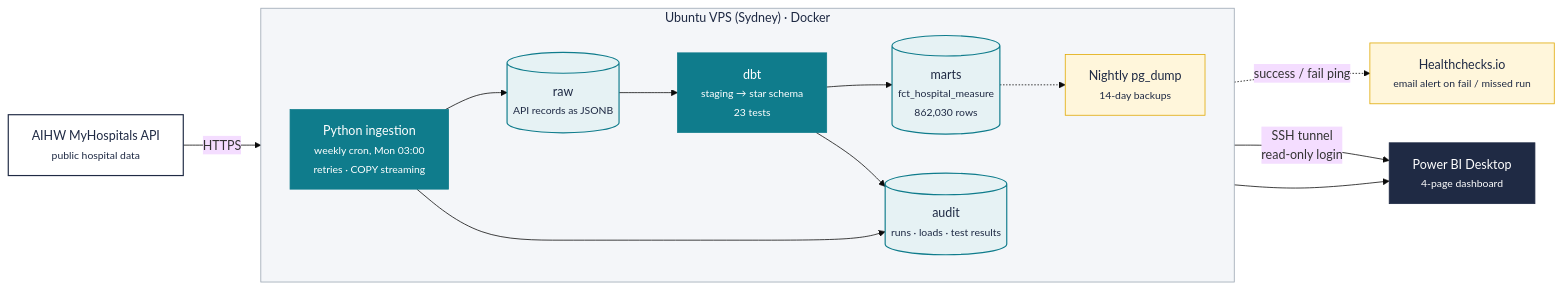
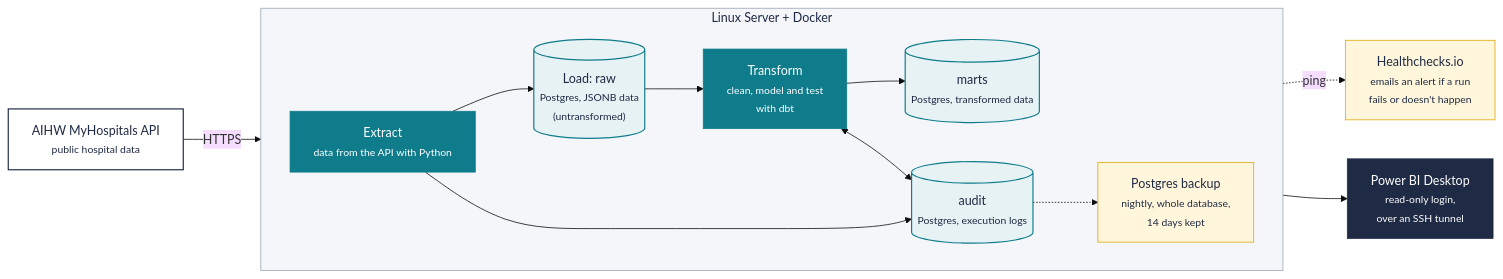
Before and after one commit to CharlieRego/health_analytics: the diagram in docs/images/architecture.mmd, drawn with Mermaid (base theme). The commit also changed 2 other files, not shown here.

Commit message:
Redraw architecture diagram: extract-load-transform labels, Power BI reads marts only, backup on the server

```diff
--- a/docs/images/architecture.mmd
+++ b/docs/images/architecture.mmd
@@ -1,38 +1,37 @@
 %% Source for docs/images/architecture.png
 %% Rebuild: npx -y @mermaid-js/mermaid-cli -i docs/images/architecture.mmd -o docs/images/architecture.png -b white -s 2 -w 1400
 flowchart LR
     A["AIHW MyHospitals API<br/><small>public hospital data</small>"]
 
-    subgraph VPS["Ubuntu VPS (Sydney) · Docker"]
+    subgraph VPS["Linux Server + Docker"]
         direction LR
-        P["Python ingestion<br/><small>weekly cron, Mon 03:00<br/>retries · COPY streaming</small>"]
-        R[("raw<br/><small>API records as JSONB</small>")]
-        D["dbt<br/><small>staging → star schema<br/>23 tests</small>"]
-        M[("marts<br/><small>fct_hospital_measure<br/>862,030 rows</small>")]
-        AU[("audit<br/><small>runs · loads · test results</small>")]
-        B["Nightly pg_dump<br/><small>14-day backups</small>"]
+        P["Extract<br/><small>data from the API with Python</small>"]
+        R[("Load: raw<br/><small>Postgres, JSONB data<br/>(untransformed)</small>")]
+        D["Transform<br/><small>clean, model and test<br/>with dbt</small>"]
+        M[("marts<br/><small>Postgres, transformed data</small>")]
+        AU[("audit<br/><small>Postgres, execution logs</small>")]
+        B["Postgres backup<br/><small>nightly, whole database,<br/>14 days kept</small>"]
         P --> R --> D --> M
         P --> AU
-        D --> AU
+        D <--> AU
+        AU -.-> B
     end
 
-    H["Healthchecks.io<br/><small>email alert on fail / missed run</small>"]
-    PBI["Power BI Desktop<br/><small>4-page dashboard</small>"]
+    H["Healthchecks.io<br/><small>emails an alert if a run<br/>fails or doesn't happen</small>"]
+    PBI["Power BI Desktop<br/><small>read-only login,<br/>over an SSH tunnel</small>"]
 
     A -->|HTTPS| P
-    P -.->|success / fail ping| H
-    M -->|"SSH tunnel<br/>read-only login"| PBI
-    AU --> PBI
-    M -.-> B
+    P -.->|ping| H
+    M --> PBI
 
     classDef src fill:#FFFFFF,stroke:#1F2A44,color:#1F2A44,stroke-width:1.5px
     classDef proc fill:#0F7C8C,stroke:#0F7C8C,color:#FFFFFF
     classDef store fill:#E6F2F4,stroke:#0F7C8C,color:#1F2A44,stroke-width:1.5px
     classDef out fill:#1F2A44,stroke:#1F2A44,color:#FFFFFF
     classDef ops fill:#FFF6DB,stroke:#E0A800,color:#1F2A44
     class A src
     class P,D proc
     class R,M,AU store
     class PBI out
     class H,B ops
     style VPS fill:#F4F6F9,stroke:#9AA5B1,color:#1F2A44
```
